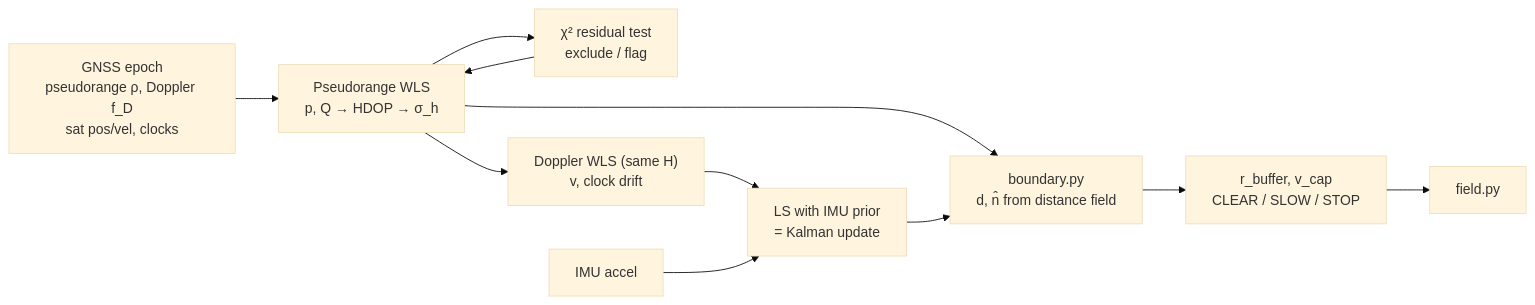
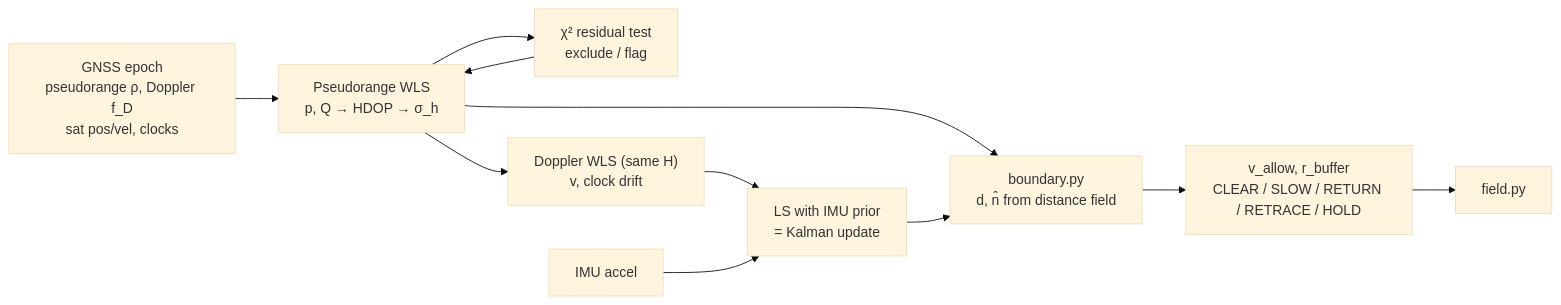
One commit to saul-gitman/4203group-project changed the diagram in README.md. Above: the diagram before and after it, drawn with Mermaid (base theme). The commit also changed other lines of this file and 5 other files, not shown here.

First line of the commit message:
Drone geofence game and return logic (RETURN / RETRACE / HOLD)

````diff
--- a/README.md
+++ b/README.md
@@ -20,13 +24,13 @@
 ```mermaid
 flowchart LR
   raw["GNSS epoch<br/>pseudorange ρ, Doppler f_D<br/>sat pos/vel, clocks"] --> pos["Pseudorange WLS<br/>p, Q → HDOP → σ_h"]
   pos --> chi["χ² residual test<br/>exclude / flag"]
   chi --> pos
   pos --> vel["Doppler WLS (same H)<br/>v, clock drift"]
   vel --> kf["LS with IMU prior<br/>= Kalman update"]
   imu["IMU accel"] --> kf
   pos --> bnd["boundary.py<br/>d, n̂ from distance field"]
   kf --> bnd
-  bnd --> cap["r_buffer, v_cap<br/>CLEAR / SLOW / STOP"]
+  bnd --> cap["v_allow, r_buffer<br/>CLEAR / SLOW / RETURN / RETRACE / HOLD"]
   cap --> field["field.py"]
 ```
````
